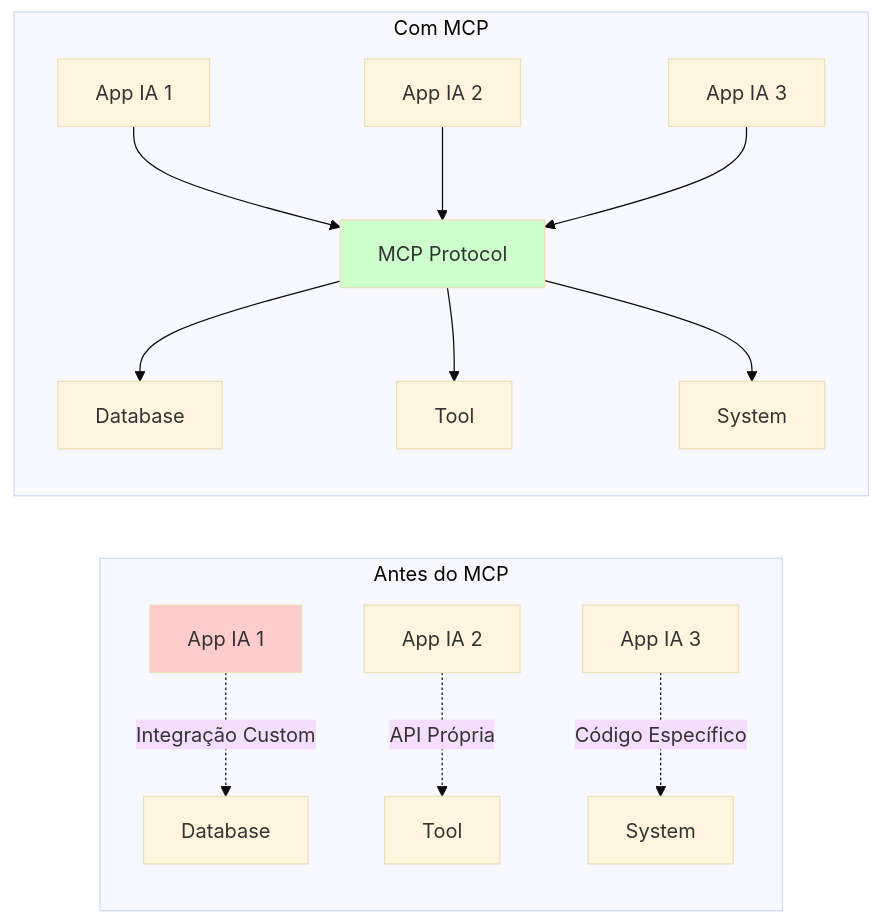
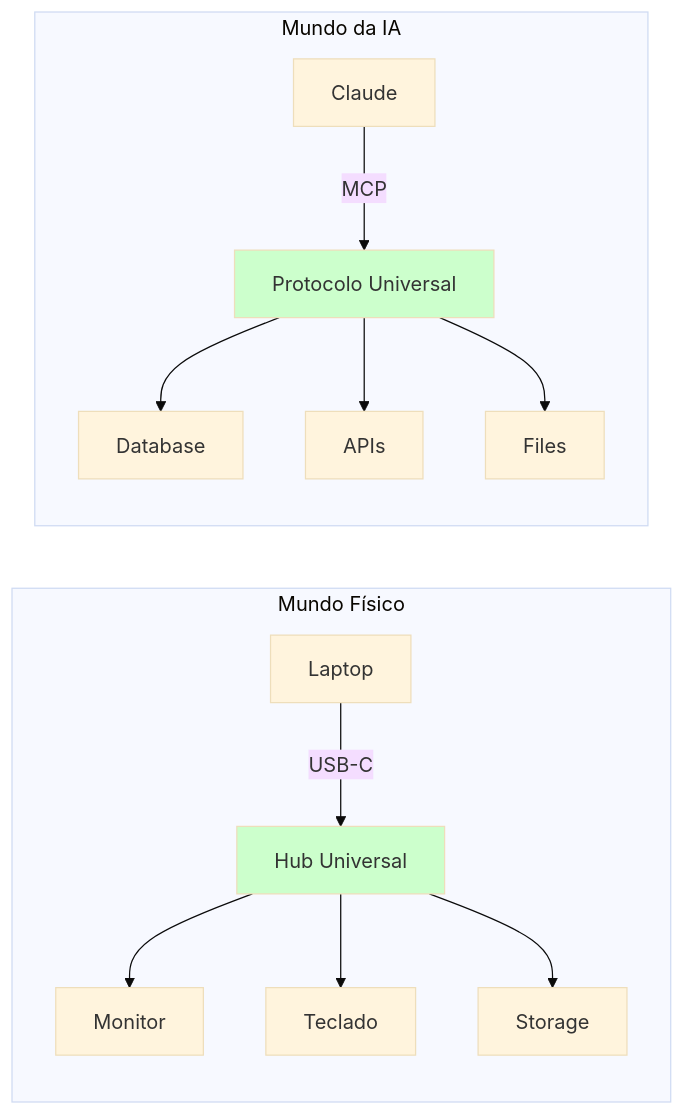
One commit to felipepimentel/my-public-notes changed the second of 16 diagrams in AI/Comunicação/MCP/00-mcp-presentation-zero to hero.md. Above: the diagram before and after it, drawn with Mermaid (base theme). The commit also changed other lines of this file, not shown here.

````diff
--- a/AI/Comunicação/MCP/00-mcp-presentation-zero to hero.md
+++ b/AI/Comunicação/MCP/00-mcp-presentation-zero to hero.md
@@ -26,20 +27,19 @@
 ```mermaid
 graph LR
-    subgraph "Antes do MCP"
-        A1[App IA 1] -.->|Integração Custom| D1[Database]
-        A2[App IA 2] -.->|API Própria| T1[Tool]
-        A3[App IA 3] -.->|Código Específico| S1[System]
+    subgraph "Mundo Físico"
+        D1[Laptop] -->|USB-C| H1[Hub Universal]
+        H1 --> M1[Monitor]
+        H1 --> K1[Teclado]
+        H1 --> S1[Storage]
     end
     
-    subgraph "Com MCP"
-        B1[App IA 1] --> M[MCP Protocol]
-        B2[App IA 2] --> M
-        B3[App IA 3] --> M
-        M --> D2[Database]
-        M --> T2[Tool]
-        M --> S2[System]
+    subgraph "Mundo da IA"
+        A1[Claude] -->|MCP| P1[Protocolo Universal]
+        P1 --> DB1[Database]
+        P1 --> API1[APIs]
+        P1 --> F1[Files]
     end
     
-    style A1 fill:#ffcccc
-    style M fill:#ccffcc
+    style H1 fill:#ccffcc
+    style P1 fill:#ccffcc
 ```
````
